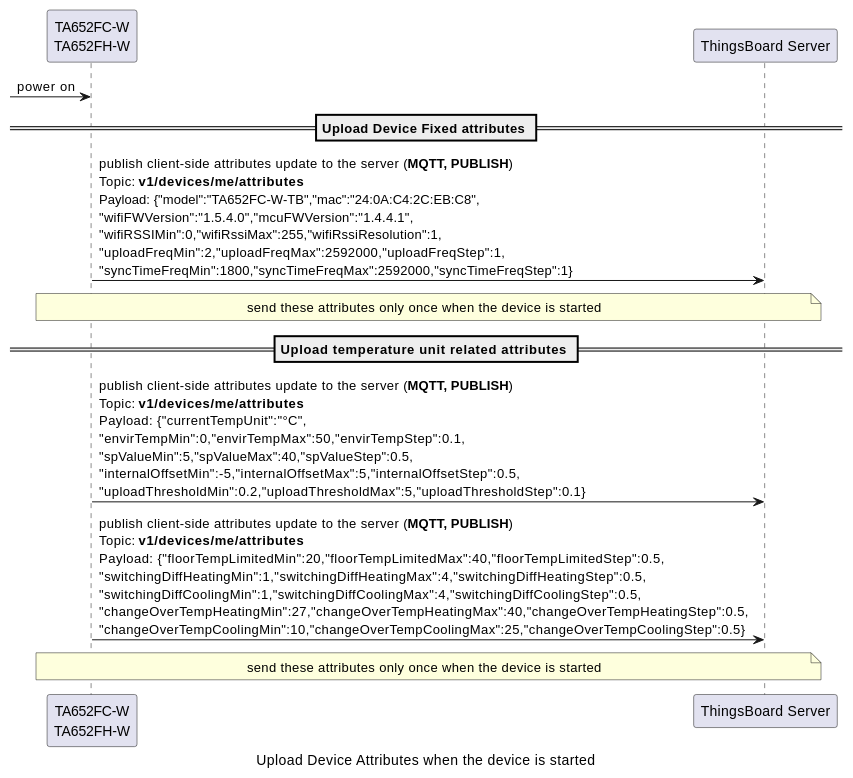
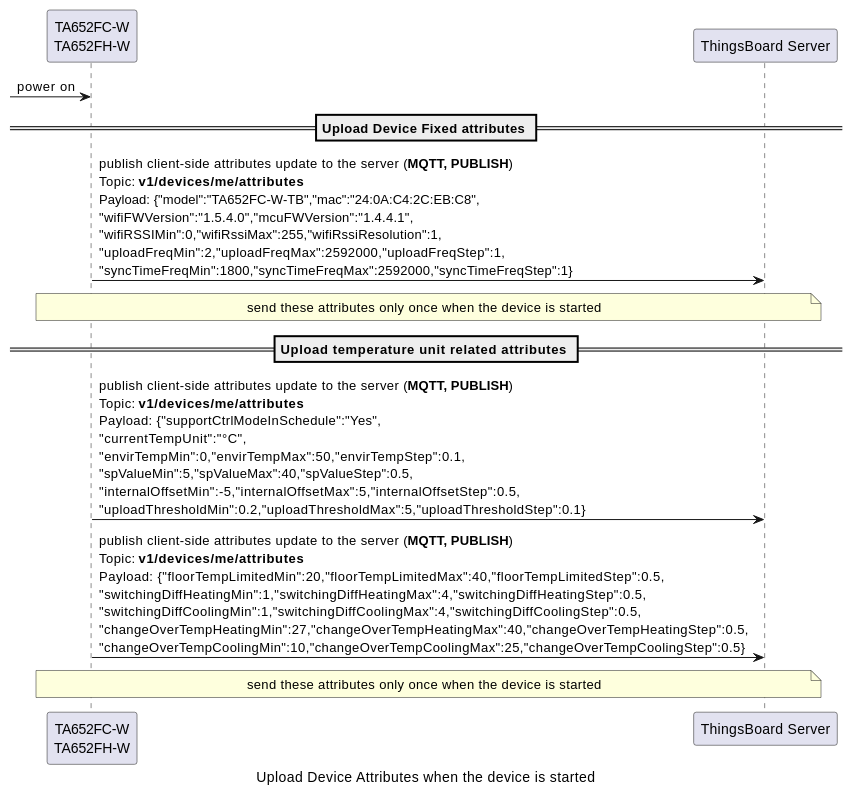
One commit to avantec-iot/avantec-thingsboard changed the ninth of 17 diagrams in docs/device/ta652fc-w/ta652fc-w-mqtt-api.rst. Above: the diagram before and after it, drawn with PlantUML. The commit also changed other lines of this file, not shown here.

Commit message:
update api doc for supporting on/off schedule

```diff
--- a/docs/device/ta652fc-w/ta652fc-w-mqtt-api.rst
+++ b/docs/device/ta652fc-w/ta652fc-w-mqtt-api.rst
@@ -409,23 +440,23 @@
   .. uml::
 
     caption  Upload Device Attributes when the device is started
 
     participant "TA652FC-W\nTA652FH-W" as TBDev order 10
     participant "ThingsBoard Server"  as TBSrv order 20 
 
     [-> TBDev : power on
 
     == Upload  Device Fixed attributes ==
     TBDev  ->  TBSrv: publish client-side attributes update to the server (**MQTT, PUBLISH**) \nTopic: **v1/devices/me/attributes** \nPayload: {"model":"TA652FC-W-TB","mac":"24:0A:C4:2C:EB:C8",\n"wifiFWVersion":"1.5.4.0","mcuFWVersion":"1.4.4.1",\n"wifiRSSIMin":0,"wifiRssiMax":255,"wifiRssiResolution":1,\n"uploadFreqMin":2,"uploadFreqMax":2592000,"uploadFreqStep":1,\n"syncTimeFreqMin":1800,"syncTimeFreqMax":2592000,"syncTimeFreqStep":1}
 
     note over TBDev, TBSrv
     send these attributes only once when the device is started
     end note
 
     == Upload  temperature unit related attributes ==
-    TBDev  ->  TBSrv: publish client-side attributes update to the server (**MQTT, PUBLISH**) \nTopic: **v1/devices/me/attributes** \nPayload: {"currentTempUnit":"°C",\n"envirTempMin":0,"envirTempMax":50,"envirTempStep":0.1,\n"spValueMin":5,"spValueMax":40,"spValueStep":0.5,\n"internalOffsetMin":-5,"internalOffsetMax":5,"internalOffsetStep":0.5,\n"uploadThresholdMin":0.2,"uploadThresholdMax":5,"uploadThresholdStep":0.1}
+    TBDev  ->  TBSrv: publish client-side attributes update to the server (**MQTT, PUBLISH**) \nTopic: **v1/devices/me/attributes** \nPayload: {"supportCtrlModeInSchedule":"Yes",\n"currentTempUnit":"°C",\n"envirTempMin":0,"envirTempMax":50,"envirTempStep":0.1,\n"spValueMin":5,"spValueMax":40,"spValueStep":0.5,\n"internalOffsetMin":-5,"internalOffsetMax":5,"internalOffsetStep":0.5,\n"uploadThresholdMin":0.2,"uploadThresholdMax":5,"uploadThresholdStep":0.1}
     TBDev  ->  TBSrv: publish client-side attributes update to the server (**MQTT, PUBLISH**) \nTopic: **v1/devices/me/attributes** \nPayload: {"floorTempLimitedMin":20,"floorTempLimitedMax":40,"floorTempLimitedStep":0.5,\n"switchingDiffHeatingMin":1,"switchingDiffHeatingMax":4,"switchingDiffHeatingStep":0.5,\n"switchingDiffCoolingMin":1,"switchingDiffCoolingMax":4,"switchingDiffCoolingStep":0.5,\n"changeOverTempHeatingMin":27,"changeOverTempHeatingMax":40,"changeOverTempHeatingStep":0.5,\n"changeOverTempCoolingMin":10,"changeOverTempCoolingMax":25,"changeOverTempCoolingStep":0.5}
 
     note over TBDev, TBSrv
     send these attributes only once when the device is started
     end note
```
